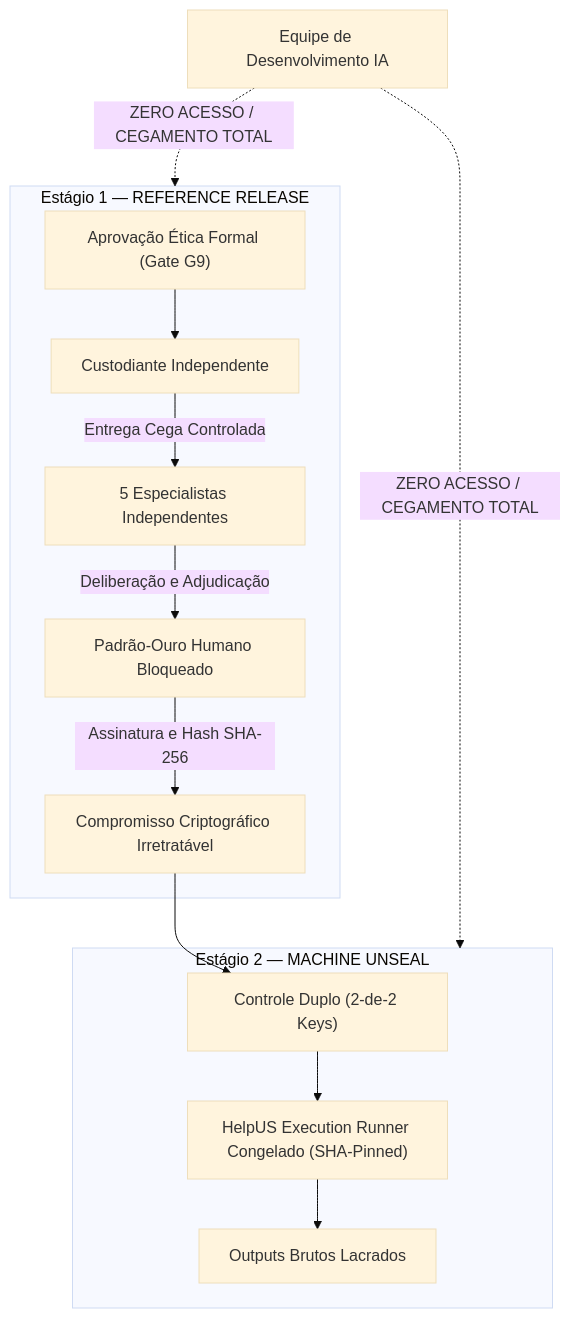
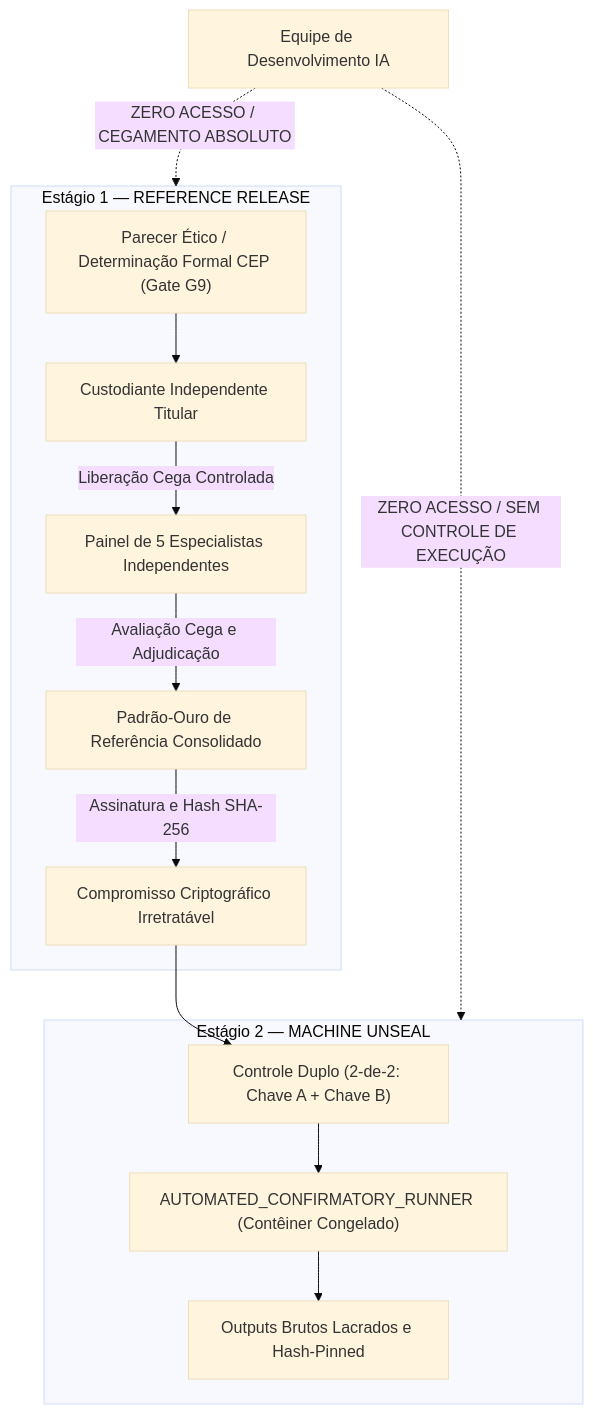
One commit to HelpUSA/cvss changed the diagram in docs/scientific-validation/governance/G10_CUSTODY_CHARTER.md. Above: the diagram before and after it, drawn with Mermaid (base theme). The commit also changed other lines of this file and 7 other files, not shown here.

Commit message:
docs(governance): remediate G9/G10 per CG-012/CG-013 (Key B custody, automated runner, SAP denominators, SFDR, COI harmonization)

````diff
--- a/docs/scientific-validation/governance/G10_CUSTODY_CHARTER.md
+++ b/docs/scientific-validation/governance/G10_CUSTODY_CHARTER.md
@@ -14,18 +14,18 @@
 ```mermaid
 flowchart TD
     subgraph STAGE1 ["Estágio 1 — REFERENCE RELEASE"]
-        CEP["Aprovação Ética Formal (Gate G9)"] --> CUST1["Custodiante Independente"]
-        CUST1 -->|Entrega Cega Controlada| EXP["5 Especialistas Independentes"]
-        EXP -->|Deliberação e Adjudicação| GOLD["Padrão-Ouro Humano Bloqueado"]
+        CEP["Parecer Ético / Determinação Formal CEP (Gate G9)"] --> CUST1["Custodiante Independente Titular"]
+        CUST1 -->|Liberação Cega Controlada| EXP["Painel de 5 Especialistas Independentes"]
+        EXP -->|Avaliação Cega e Adjudicação| GOLD["Padrão-Ouro de Referência Consolidado"]
         GOLD -->|Assinatura e Hash SHA-256| COMMIT["Compromisso Criptográfico Irretratável"]
     end
 
     subgraph STAGE2 ["Estágio 2 — MACHINE UNSEAL"]
-        COMMIT --> DUAL["Controle Duplo (2-de-2 Keys)"]
-        DUAL --> RUNNER["HelpUS Execution Runner Congelado (SHA-Pinned)"]
-        RUNNER --> OUT["Outputs Brutos Lacrados"]
+        COMMIT --> DUAL["Controle Duplo (2-de-2: Chave A + Chave B)"]
+        DUAL --> RUNNER["AUTOMATED_CONFIRMATORY_RUNNER (Contêiner Congelado)"]
+        RUNNER --> OUT["Outputs Brutos Lacrados e Hash-Pinned"]
     end
 
-    DEV["Equipe de Desenvolvimento IA"] -.->|ZERO ACESSO / CEGAMENTO TOTAL| STAGE1
-    DEV -.->|ZERO ACESSO / CEGAMENTO TOTAL| STAGE2
+    DEV["Equipe de Desenvolvimento IA"] -.->|ZERO ACESSO / CEGAMENTO ABSOLUTO| STAGE1
+    DEV -.->|ZERO ACESSO / SEM CONTROLE DE EXECUÇÃO| STAGE2
 ```
````
